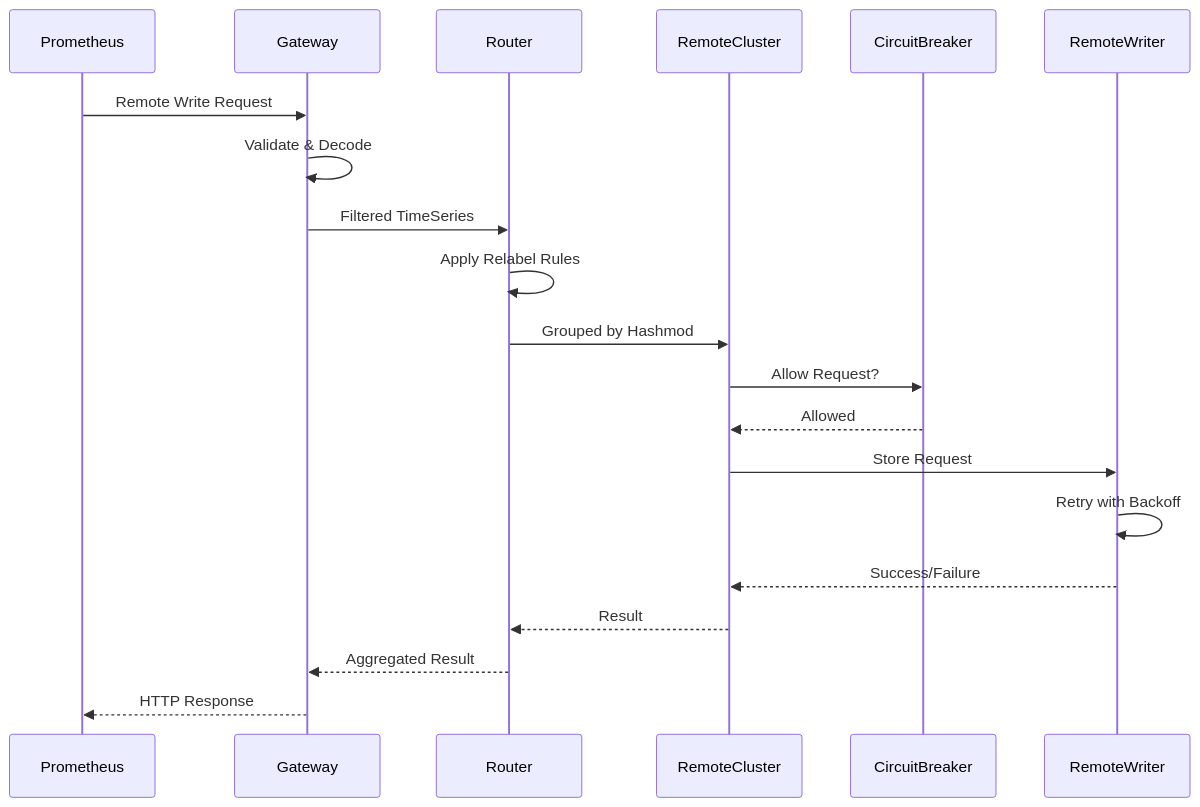
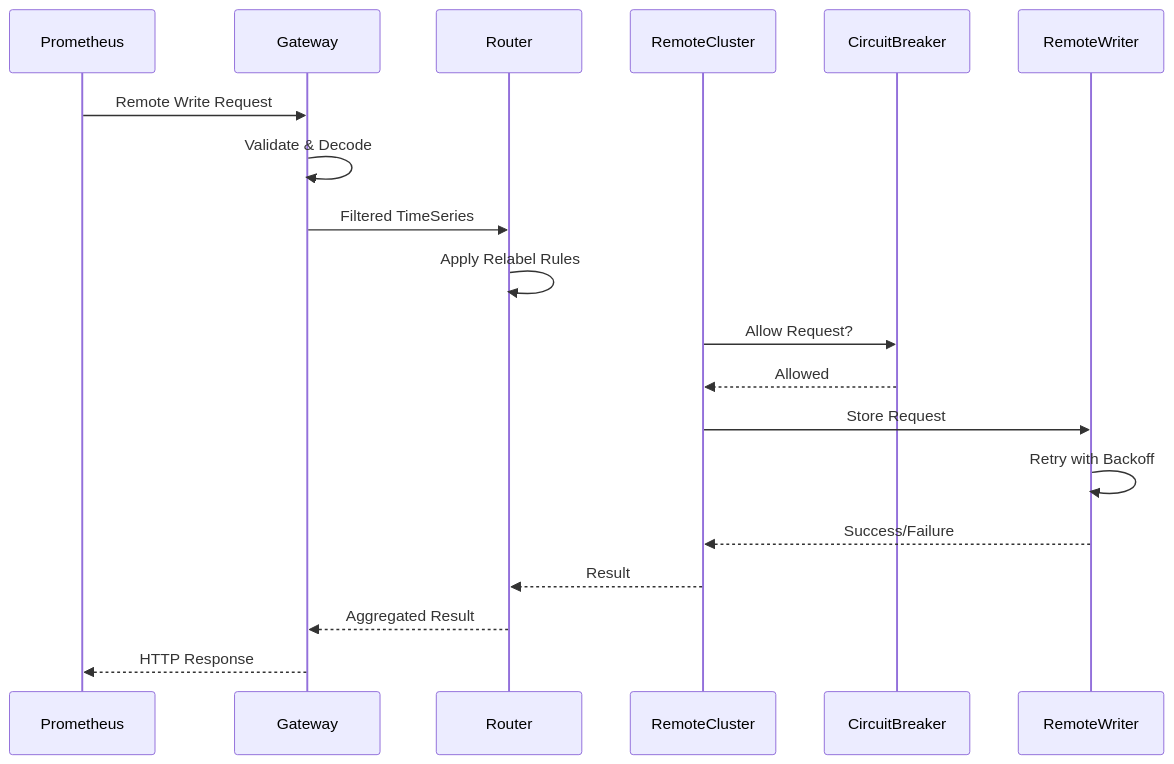
Before and after one commit to mickeyzzc/stream-metrics-route: the fourth of 4 diagrams in docs/architecture.md, drawn with Mermaid. The commit also changed other lines of this file and 6 other files, not shown here.

Commit message:
docs: add consistent hash evaluation document and update architecture

````diff
--- a/docs/architecture.md
+++ b/docs/architecture.md
@@ -185,23 +185,23 @@
 ```mermaid
 sequenceDiagram
     participant C as Prometheus
     participant G as Gateway
     participant R as Router
     participant RC as RemoteCluster
     participant CB as CircuitBreaker
     participant RW as RemoteWriter
 
     C->>G: Remote Write Request
     G->>G: Validate & Decode
     G->>R: Filtered TimeSeries
     R->>R: Apply Relabel Rules
-    R->>RC: Grouped by Hashmod
+    #WT|    R->>RC: Grouped by Jump Hash
     RC->>CB: Allow Request?
     CB-->>RC: Allowed
     RC->>RW: Store Request
     RW->>RW: Retry with Backoff
     RW-->>RC: Success/Failure
     RC-->>R: Result
     R-->>G: Aggregated Result
     G-->>C: HTTP Response
 ```
````
